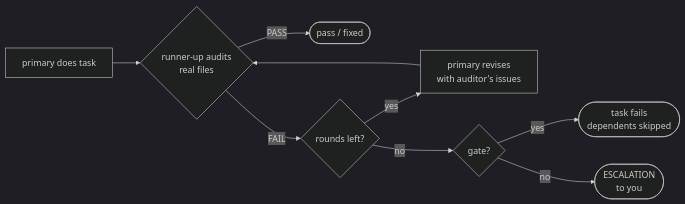
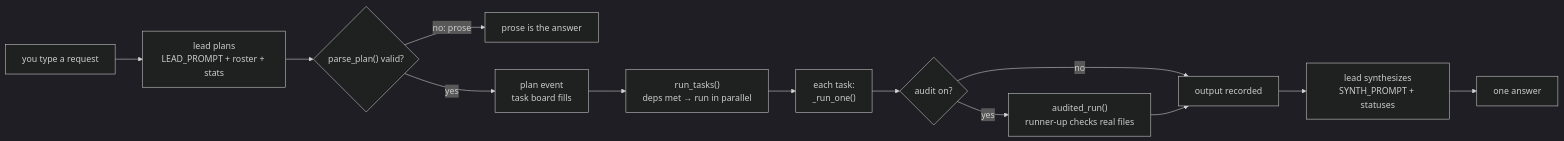
The second of 6 diagrams in README.md (DaRipper91/hexmind), drawn with Mermaid (dark theme) before and after one commit. The commit also changed other lines of this file and 7 other files, not shown here.

````diff
--- a/README.md
+++ b/README.md
@@ -259,10 +208,15 @@
 ```mermaid
 flowchart LR
-    P[primary does task] --> A{runner-up audits<br/>real files}
-    A -- PASS --> OK([pass / fixed])
-    A -- FAIL --> R{rounds left?}
-    R -- yes --> V["primary revises<br/>with auditor's issues"] --> A
-    R -- no --> G{gate?}
-    G -- yes --> F([task fails<br/>dependents skipped])
-    G -- no --> E([ESCALATION<br/>to you])
+    U["you type a request"] --> L["lead plans<br/>LEAD_PROMPT + roster + stats"]
+    L --> V{"parse_plan() valid?"}
+    V -- "no: prose" --> ANS["prose is the answer"]
+    V -- "yes" --> P["plan event<br/>task board fills"]
+    P --> G["run_tasks()<br/>deps met → run in parallel"]
+    G --> R["each task:<br/>_run_one()"]
+    R --> A{"audit on?"}
+    A -- "no" --> OUT["output recorded"]
+    A -- "yes" --> AU["audited_run()<br/>runner-up checks real files"]
+    AU --> OUT
+    OUT --> S["lead synthesizes<br/>SYNTH_PROMPT + statuses"]
+    S --> DONE["one answer"]
 ```
````
